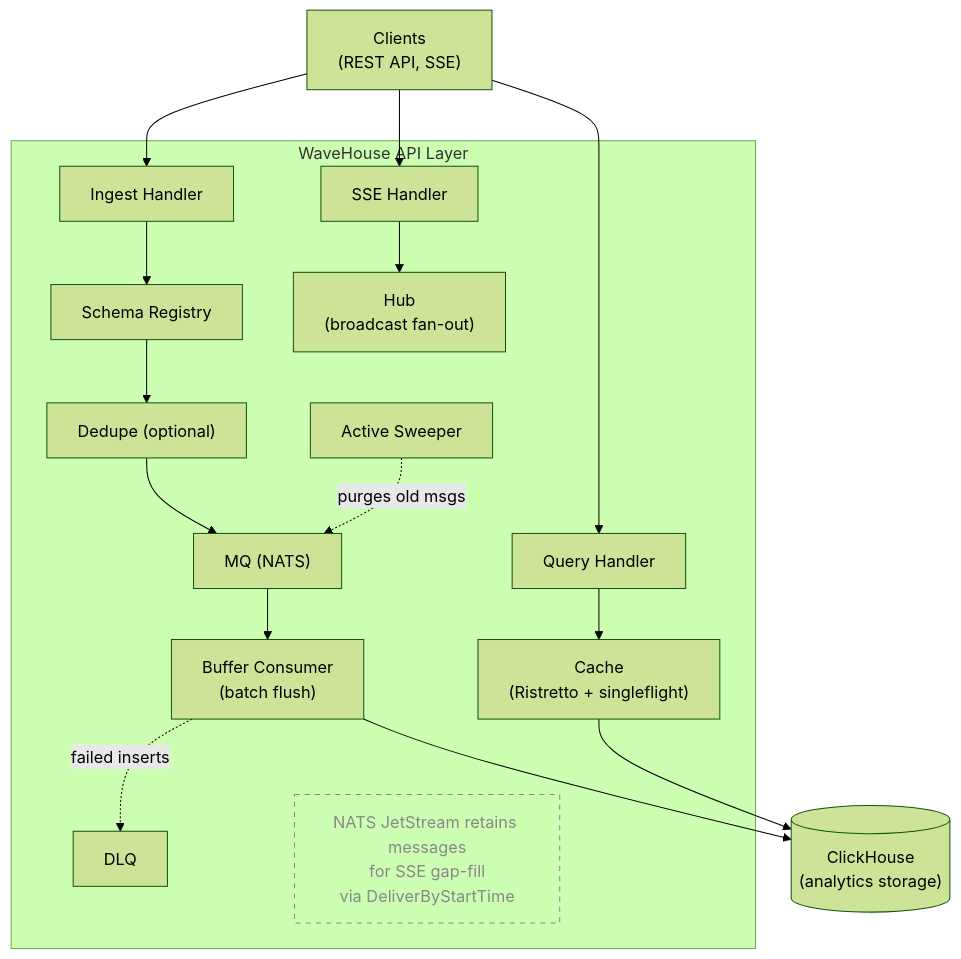
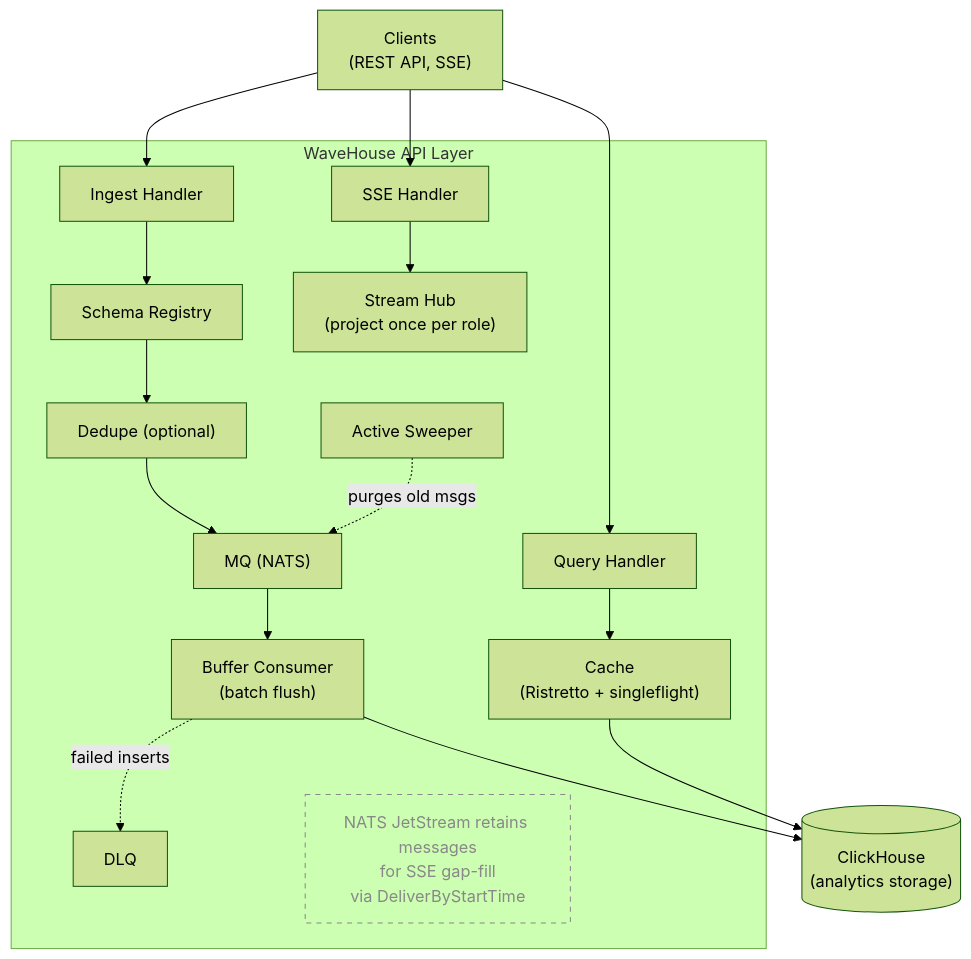
One commit to Wave-RF/WaveHouse changed the diagram in docs/src/content/docs/architecture.md. Above: the diagram before and after it, drawn with Mermaid (forest theme). The commit also changed other lines of this file and 24 other files, not shown here.

````diff
--- a/docs/src/content/docs/architecture.md
+++ b/docs/src/content/docs/architecture.md
@@ -14,29 +14,29 @@
 ```mermaid
 flowchart TD
     Clients["Clients<br/>(REST API, SSE)"]:::client
 
     Clients --> IH
     Clients --> QH
     Clients --> SSH
 
     subgraph api["WaveHouse API Layer"]
         IH["Ingest Handler"] --> SR["Schema Registry"]
         SR --> DD["Dedupe (optional)"]
         DD --> MQ["MQ (NATS)"]
         MQ --> BC["Buffer Consumer<br/>(batch flush)"]
         BC -.->|failed inserts| DLQ["DLQ"]:::fail
 
         QH["Query Handler"] --> Cache["Cache<br/>(Ristretto + singleflight)"]
 
-        SSH["SSE Handler"] --> Hub["Hub<br/>(broadcast fan-out)"]
+        SSH["SSE Handler"] --> Hub["Stream Hub<br/>(project once per role)"]
 
         SW["Active Sweeper"] -.->|purges old msgs| MQ
 
         NATS["NATS JetStream retains messages<br/>for SSE gap-fill<br/>via DeliverByStartTime"]
     end
 
     BC --> CH[("ClickHouse<br/>(analytics storage)")]:::store
     Cache --> CH
 
     style NATS fill:none,stroke-dasharray:5 5,stroke:#888,color:#888
 ```
````
